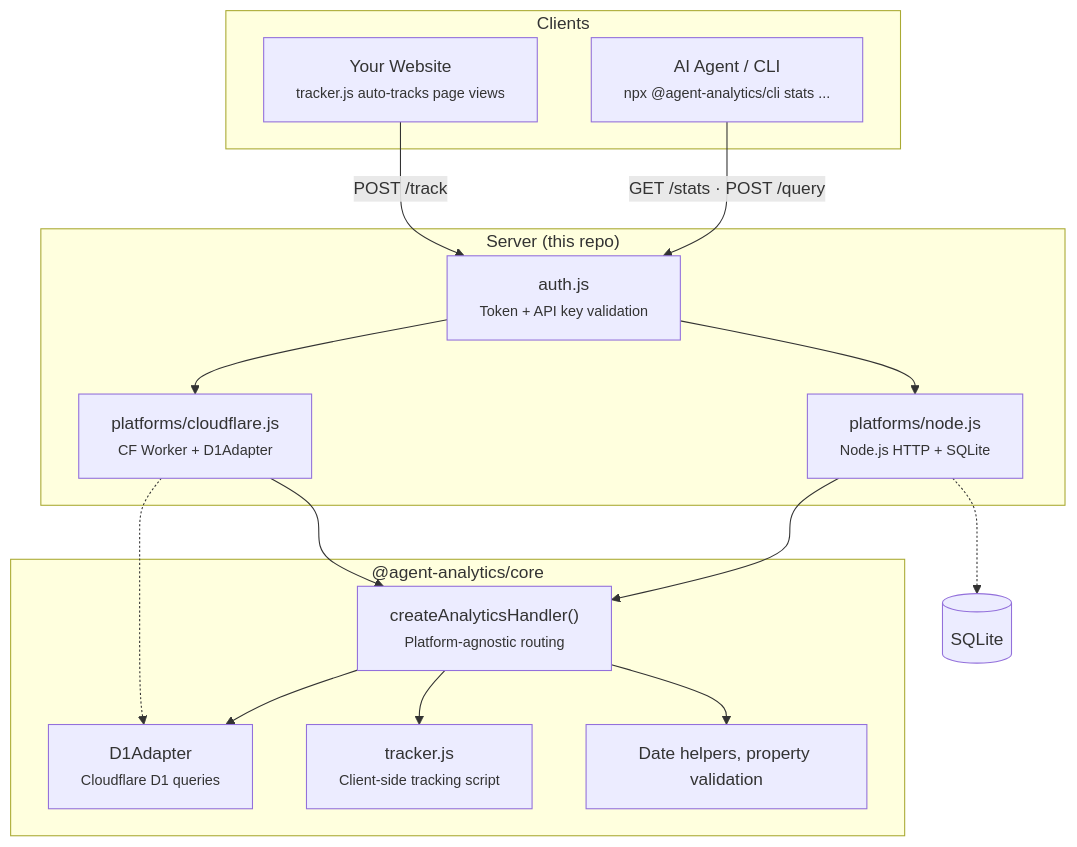
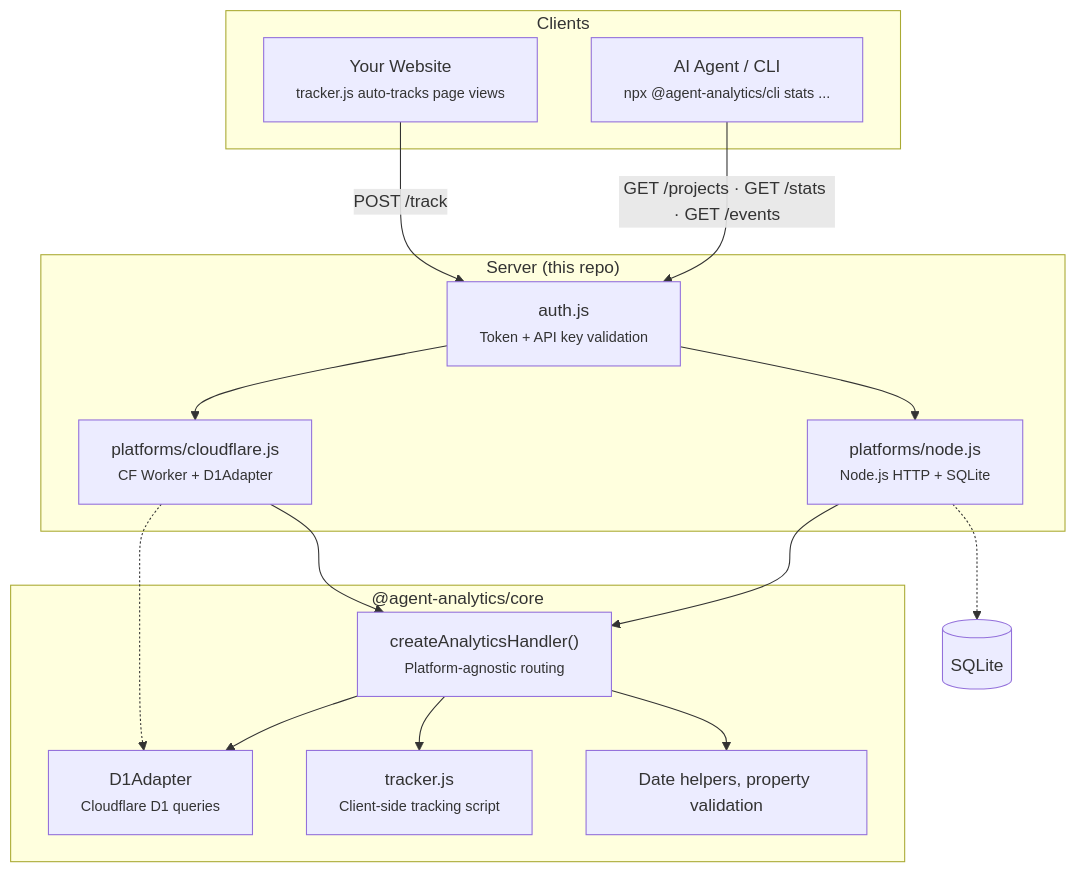
Before and after one commit to Agent-Analytics/agent-analytics: the diagram in README.md, drawn with Mermaid. The commit also changed other lines of this file and 3 other files, not shown here.

````diff
--- a/README.md
+++ b/README.md
@@ -332,29 +299,29 @@
 ```mermaid
 flowchart TB
     subgraph Clients
         website["Your Website<br/><small>tracker.js auto-tracks page views</small>"]
         agent["AI Agent / CLI<br/><small>npx @agent-analytics/cli stats ...</small>"]
     end
 
     subgraph Server ["Server (this repo)"]
         auth["auth.js<br/><small>Token + API key validation</small>"]
         cf["platforms/cloudflare.js<br/><small>CF Worker + D1Adapter</small>"]
         node["platforms/node.js<br/><small>Node.js HTTP + SQLite</small>"]
     end
 
     subgraph Core ["@agent-analytics/core"]
         handler["createAnalyticsHandler()<br/><small>Platform-agnostic routing</small>"]
         d1["D1Adapter<br/><small>Cloudflare D1 queries</small>"]
         tracker["tracker.js<br/><small>Client-side tracking script</small>"]
         helpers["Date helpers, property validation"]
     end
 
     website -- "POST /track" --> auth
-    agent -- "GET /stats · POST /query" --> auth
+    agent -- "GET /projects · GET /stats · GET /events" --> auth
     auth --> cf & node
     cf --> handler
     node --> handler
     cf -.-> d1
     node -.-> sqlite[("SQLite")]
     handler --> d1 & tracker & helpers
 ```
````
